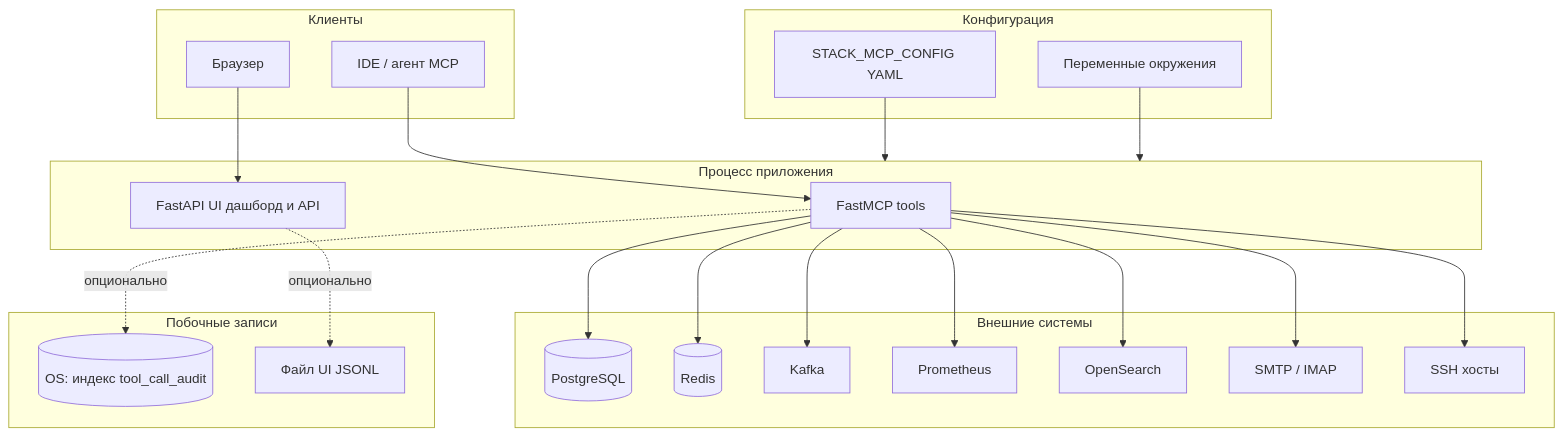
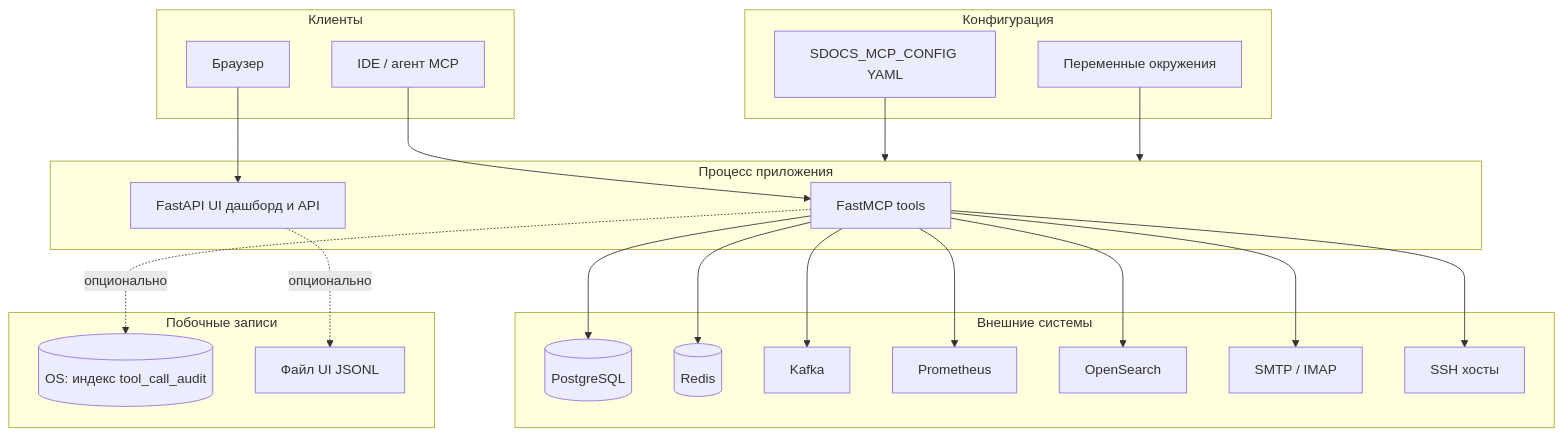
Before and after one commit to 065191065191/MCP-ServerAllInOne: the diagram in docs/PRODUCT_OVERVIEW.md, drawn with Mermaid. The commit also changed other lines of this file and 79 other files, not shown here.

First line of the commit message:
feat!: SDocsMCP — пакет sdocs_mcp, env SDOCS_MCP_*

````diff
--- a/docs/PRODUCT_OVERVIEW.md
+++ b/docs/PRODUCT_OVERVIEW.md
@@ -7,46 +7,46 @@
 ```mermaid
 flowchart TB
   subgraph clients[Клиенты]
     IDE[IDE / агент MCP]
     Browser[Браузер]
   end
 
   subgraph runtime[Процесс приложения]
     MCP[FastMCP tools]
     UI[FastAPI UI дашборд и API]
   end
 
   subgraph cfg[Конфигурация]
-    YAML[STACK_MCP_CONFIG YAML]
+    YAML[SDOCS_MCP_CONFIG YAML]
     ENV[Переменные окружения]
   end
 
   subgraph backends[Внешние системы]
     PG[(PostgreSQL)]
     RD[(Redis)]
     KF[Kafka]
     PR[Prometheus]
     OS[OpenSearch]
     SMTP[SMTP / IMAP]
     SSHH[SSH хосты]
   end
 
   subgraph sidecar[Побочные записи]
     OSAudit[(OS: индекс tool_call_audit)]
     UIAudit[Файл UI JSONL]
   end
 
   IDE --> MCP
   Browser --> UI
   YAML --> runtime
   ENV --> runtime
   MCP --> PG
   MCP --> RD
   MCP --> KF
   MCP --> PR
   MCP --> OS
   MCP --> SMTP
   MCP --> SSHH
   MCP -.->|опционально| OSAudit
   UI -.->|опционально| UIAudit
 ```
````
